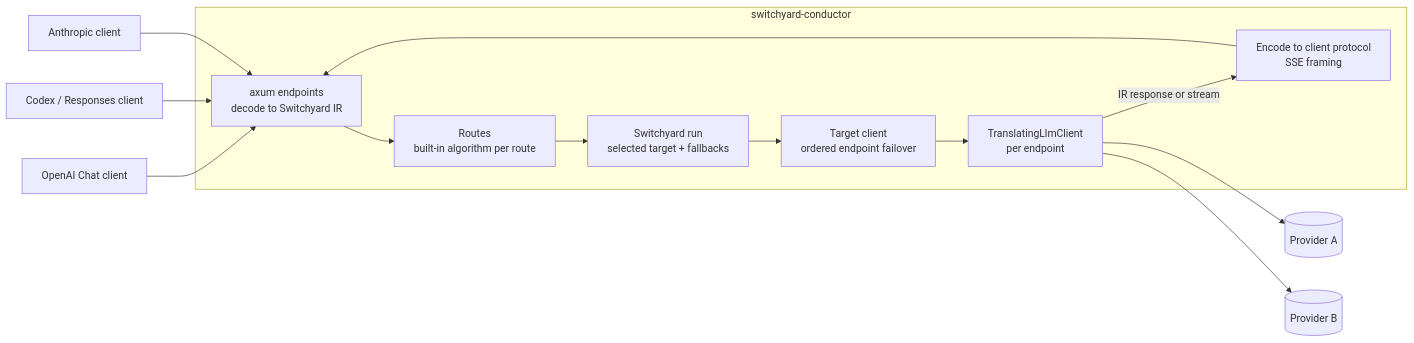
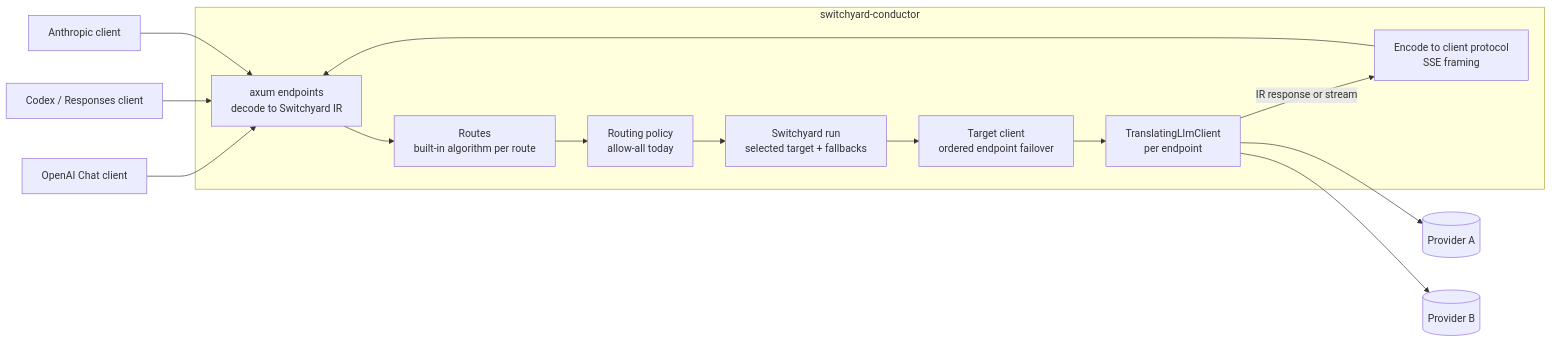
Before and after one commit to gschaetz/humpyard: the first of 2 diagrams in docs/architecture.md, drawn with Mermaid. The commit also changed other lines of this file and 9 other files, not shown here.

Commit message:
Routing policy seam, tier substitution, 503 when none eligible; routing docs

````diff
--- a/docs/architecture.md
+++ b/docs/architecture.md
@@ -25,16 +25,17 @@
 ```mermaid
 flowchart LR
     C1[OpenAI Chat client] --> API
     C2[Codex / Responses client] --> API
     C3[Anthropic client] --> API
     subgraph GW[switchyard-conductor]
         API[axum endpoints<br/>decode to Switchyard IR] --> RT[Routes<br/>built-in algorithm per route]
-        RT --> RUN[Switchyard run<br/>selected target + fallbacks]
+        RT --> POL[Routing policy<br/>allow-all today]
+        POL --> RUN[Switchyard run<br/>selected target + fallbacks]
         RUN --> TC[Target client<br/>ordered endpoint failover]
         TC --> EC[TranslatingLlmClient<br/>per endpoint]
         EC -->|IR response or stream| ENC[Encode to client protocol<br/>SSE framing]
         ENC --> API
     end
     EC --> P1[(Provider A)]
     EC --> P2[(Provider B)]
 ```
````
